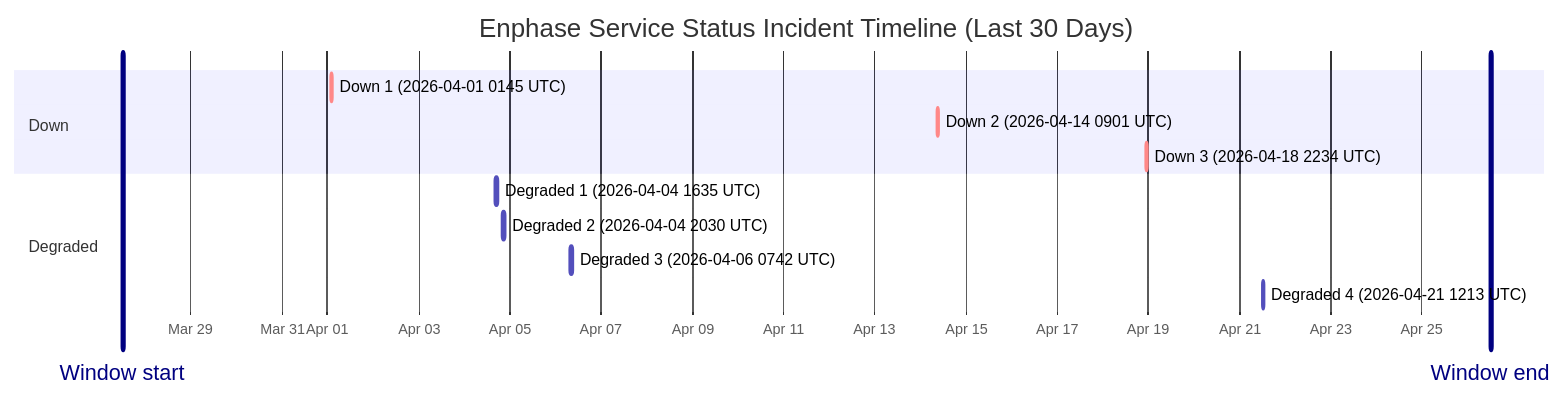
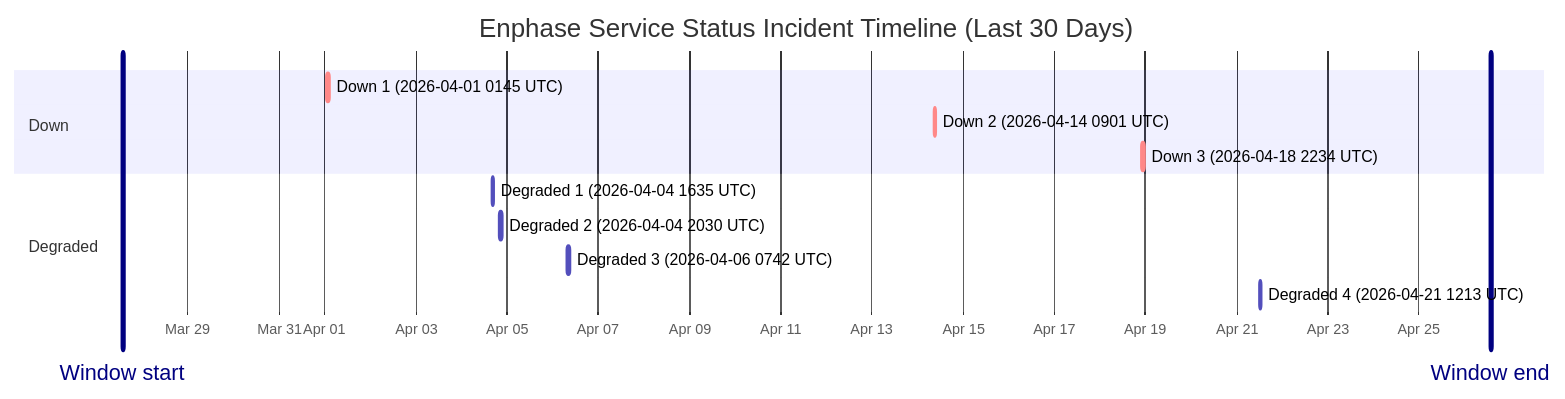
Before and after one commit to barneyonline/ha-enphase-ev-charger: the diagram in wiki/Service-Status-History.md, drawn with Mermaid. The commit also changed other lines of this file and 3 other files, not shown here.

````diff
--- a/wiki/Service-Status-History.md
+++ b/wiki/Service-Status-History.md
@@ -14,17 +14,17 @@
 ```mermaid
 gantt
     title Enphase Service Status Incident Timeline (Last 30 Days)
     dateFormat  YYYY-MM-DDTHH:mm:ss
     axisFormat  %b %d
-    Window start :vert, window-start, 2026-03-27T12:03:04, 0ms
-    Window end :vert, window-end, 2026-04-26T12:03:04, 0ms
+    Window start :vert, window-start, 2026-03-27T13:45:51, 0ms
+    Window end :vert, window-end, 2026-04-26T13:45:51, 0ms
     section Down
     Down 1 (2026-04-01 0145 UTC) :crit, down-1, 2026-04-01T01:45:09, 60m
     Down 2 (2026-04-14 0901 UTC) :crit, down-2, 2026-04-14T09:01:13, 60m
     Down 3 (2026-04-18 2234 UTC) :crit, down-3, 2026-04-18T22:34:13, 60m
     section Degraded
     Degraded 1 (2026-04-04 1635 UTC) :active, degraded-1, 2026-04-04T16:35:17, 60m
     Degraded 2 (2026-04-04 2030 UTC) :active, degraded-2, 2026-04-04T20:30:40, 60m
     Degraded 3 (2026-04-06 0742 UTC) :active, degraded-3, 2026-04-06T07:42:09, 85m
     Degraded 4 (2026-04-21 1213 UTC) :active, degraded-4, 2026-04-21T12:13:11, 60m
 ```
````
